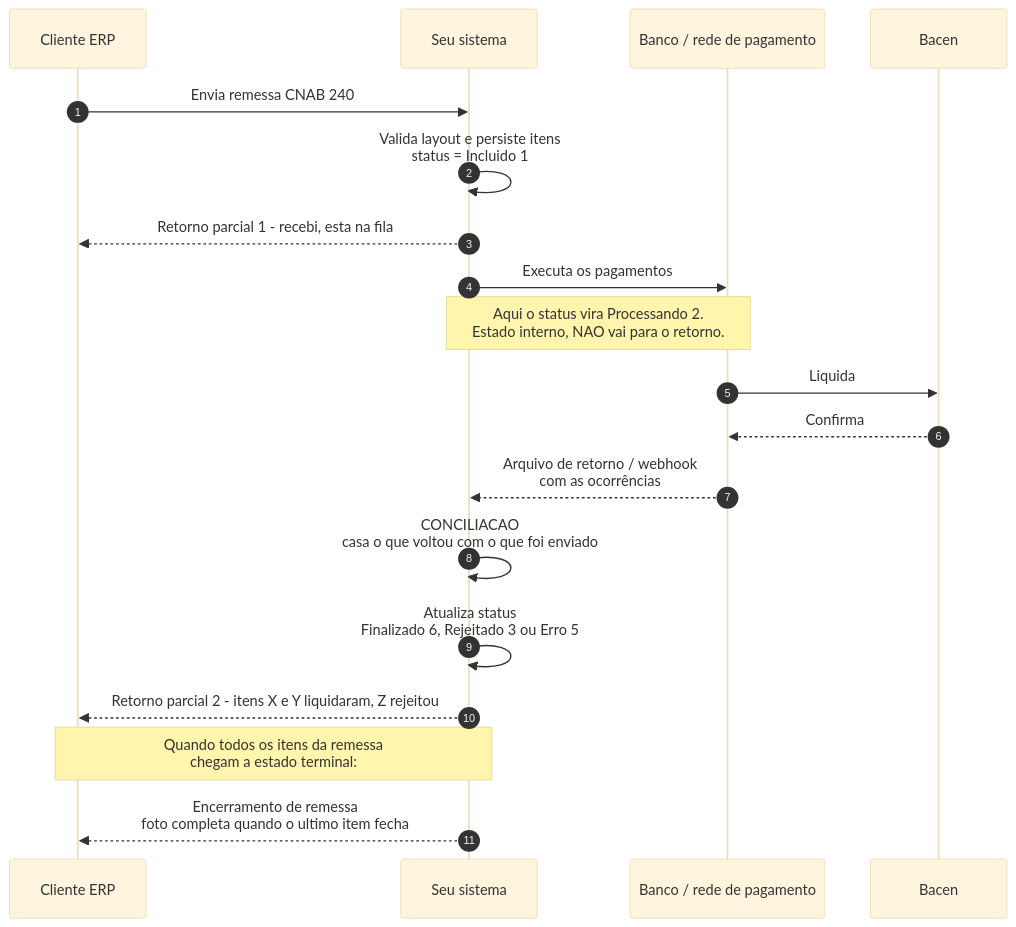
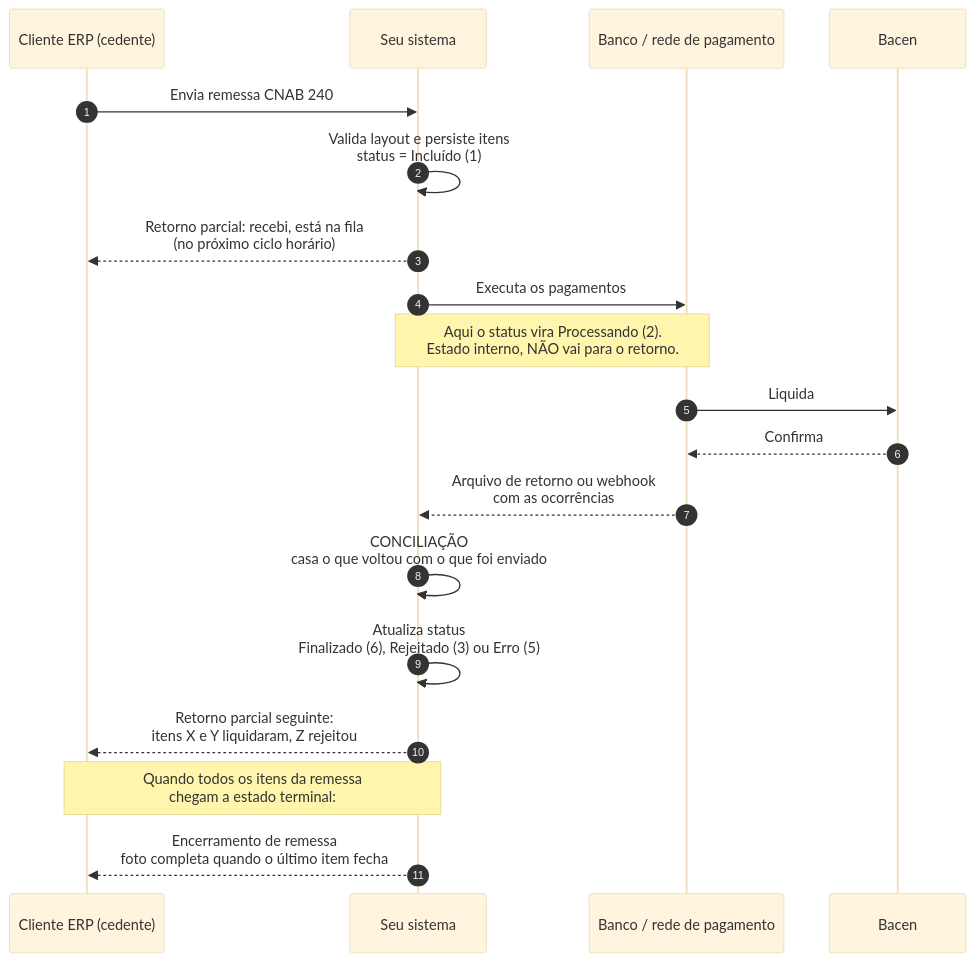
The second of 16 diagrams in conciliacao-guia-completo.md (danielbfr3/sobre_aws), drawn with Mermaid (base theme) before and after one commit. The commit also changed other lines of this file, not shown here.

````diff
--- a/conciliacao-guia-completo.md
+++ b/conciliacao-guia-completo.md
@@ -145,26 +210,26 @@
 ```mermaid
 sequenceDiagram
     autonumber
-    participant C as Cliente ERP
+    participant C as Cliente ERP (cedente)
     participant S as Seu sistema
     participant B as Banco / rede de pagamento
     participant BC as Bacen
 
     C->>S: Envia remessa CNAB 240
-    S->>S: Valida layout e persiste itens<br/>status = Incluido 1
-    S-->>C: Retorno parcial 1 - recebi, esta na fila
+    S->>S: Valida layout e persiste itens<br/>status = Incluído (1)
+    S-->>C: Retorno parcial: recebi, está na fila<br/>(no próximo ciclo horário)
 
     S->>B: Executa os pagamentos
-    Note over S,B: Aqui o status vira Processando 2.<br/>Estado interno, NAO vai para o retorno.
+    Note over S,B: Aqui o status vira Processando (2).<br/>Estado interno, NÃO vai para o retorno.
 
     B->>BC: Liquida
     BC-->>B: Confirma
-    B-->>S: Arquivo de retorno / webhook<br/>com as ocorrências
+    B-->>S: Arquivo de retorno ou webhook<br/>com as ocorrências
 
-    S->>S: CONCILIACAO<br/>casa o que voltou com o que foi enviado
-    S->>S: Atualiza status<br/>Finalizado 6, Rejeitado 3 ou Erro 5
-    S-->>C: Retorno parcial 2 - itens X e Y liquidaram, Z rejeitou
+    S->>S: CONCILIAÇÃO<br/>casa o que voltou com o que foi enviado
+    S->>S: Atualiza status<br/>Finalizado (6), Rejeitado (3) ou Erro (5)
+    S-->>C: Retorno parcial seguinte:<br/>itens X e Y liquidaram, Z rejeitou
 
     Note over S,C: Quando todos os itens da remessa<br/>chegam a estado terminal:
-    S-->>C: Encerramento de remessa<br/>foto completa quando o ultimo item fecha
+    S-->>C: Encerramento de remessa<br/>foto completa quando o último item fecha
 ```
````
